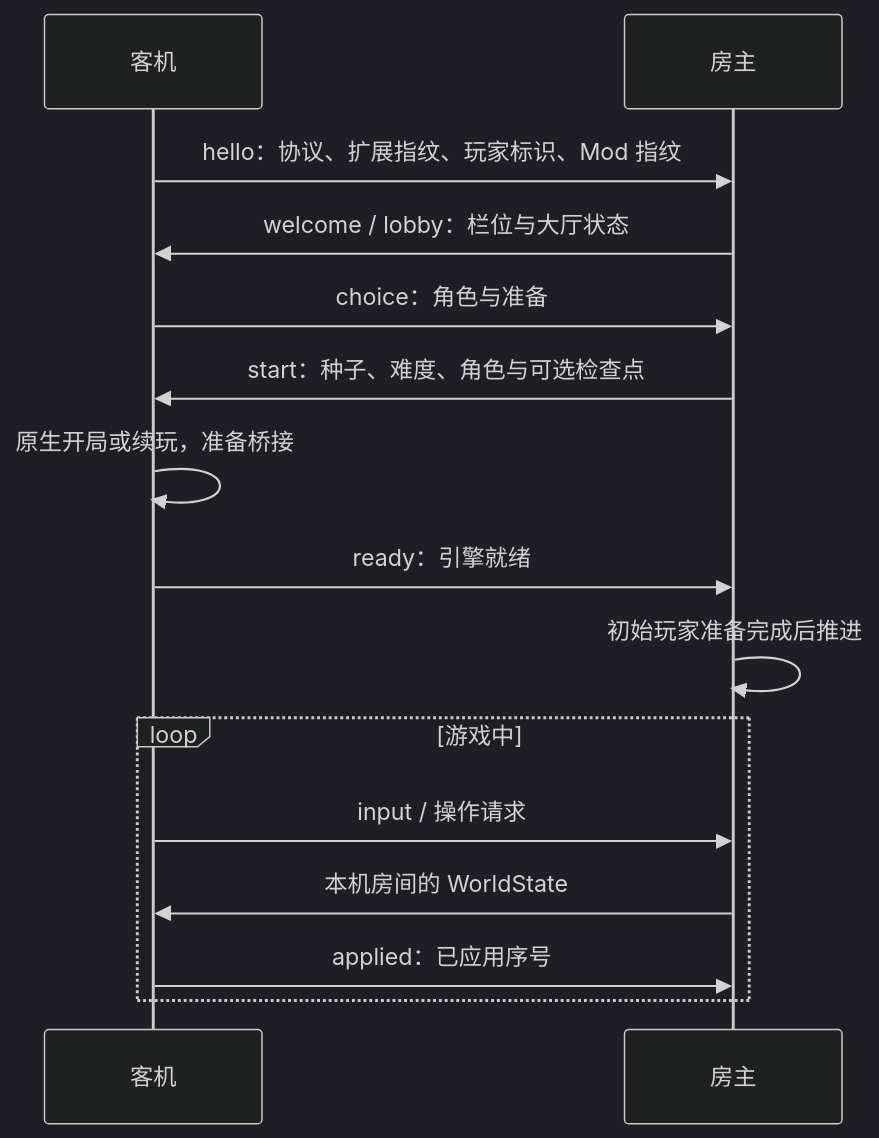
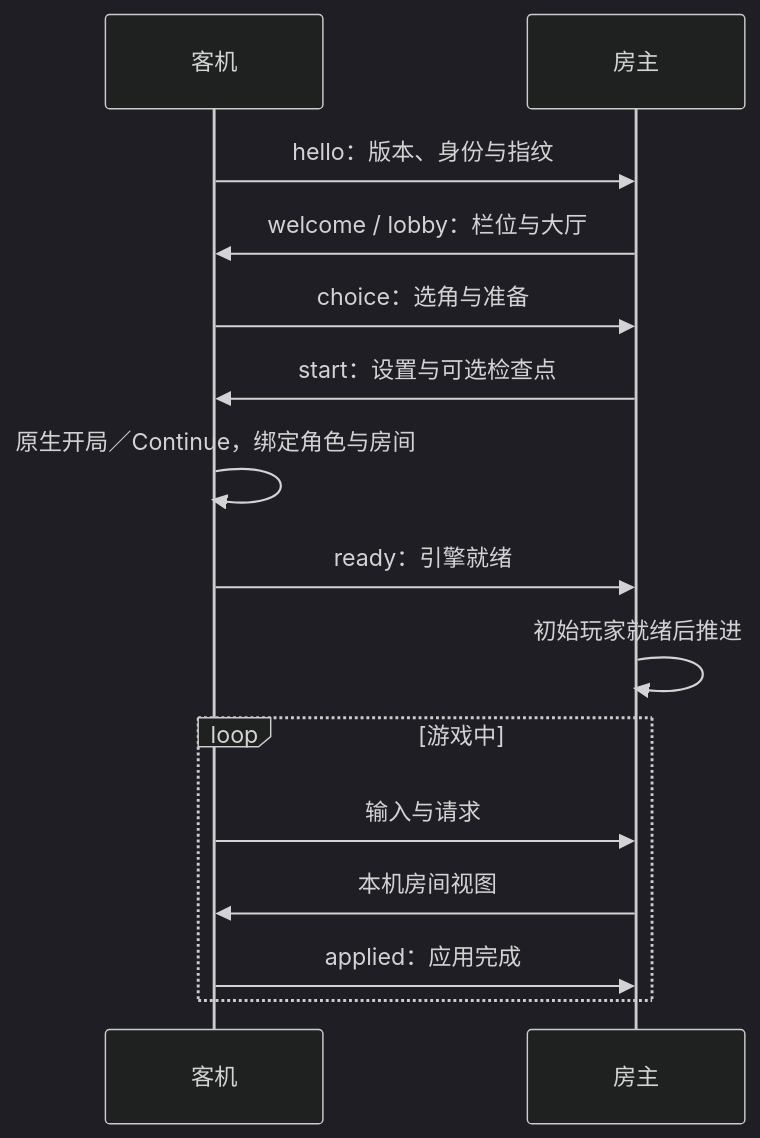
Before and after one commit to BMingSY/isaac-lan: the first of 2 diagrams in docs/session-lifecycle.md, drawn with Mermaid (dark theme). The commit also changed other lines of this file and 14 other files, not shown here.

Commit message:
docs: separate architecture references and release validation records (#87)

````diff
--- a/docs/session-lifecycle.md
+++ b/docs/session-lifecycle.md
@@ -9,17 +9,17 @@
 ```mermaid
 sequenceDiagram
     participant C as 客机
     participant H as 房主
-    C->>H: hello：协议、扩展指纹、玩家标识、Mod 指纹
-    H->>C: welcome / lobby：栏位与大厅状态
-    C->>H: choice：角色与准备
-    H->>C: start：种子、难度、角色与可选检查点
-    C->>C: 原生开局或续玩，准备桥接
+    C->>H: hello：版本、身份与指纹
+    H->>C: welcome / lobby：栏位与大厅
+    C->>H: choice：选角与准备
+    H->>C: start：设置与可选检查点
+    C->>C: 原生开局／Continue，绑定角色与房间
     C->>H: ready：引擎就绪
-    H->>H: 初始玩家准备完成后推进
+    H->>H: 初始玩家就绪后推进
     loop 游戏中
-        C->>H: input / 操作请求
-        H->>C: 本机房间的 WorldState
-        C->>H: applied：已应用序号
+        C->>H: 输入与请求
+        H->>C: 本机房间视图
+        C->>H: applied：应用完成
     end
 ```
````
